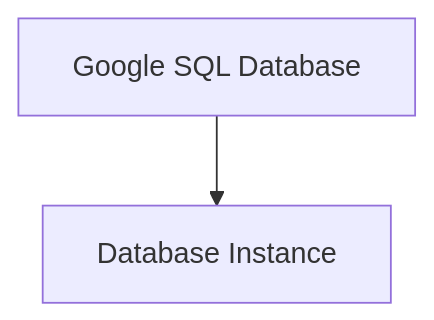
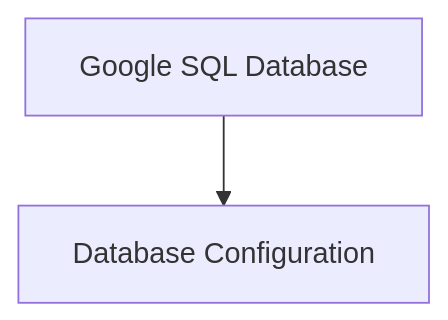
One commit to Hacka25/webapp changed the fourth of 9 diagrams in README.md. Above: the diagram before and after it, drawn with Mermaid. The commit also changed other lines of this file, not shown here.

Commit message:
[skip-autodocs] Update README and architecture diagram

````diff
--- a/README.md
+++ b/README.md
@@ -90,4 +77,4 @@
 ```mermaid
 graph TD
-    A[Google SQL Database] --> B[Database Instance]
+    E[Google SQL Database] --> F[Database Configuration]
 ```
````
